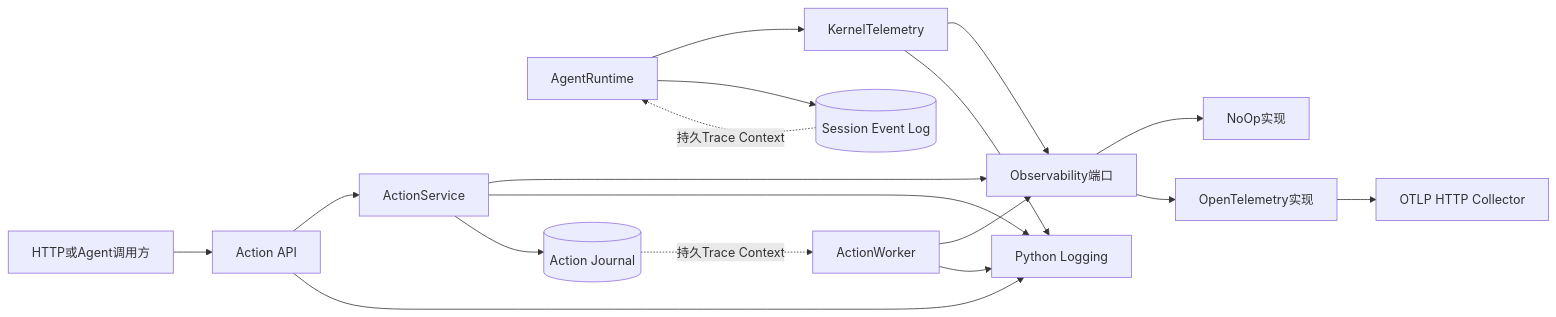
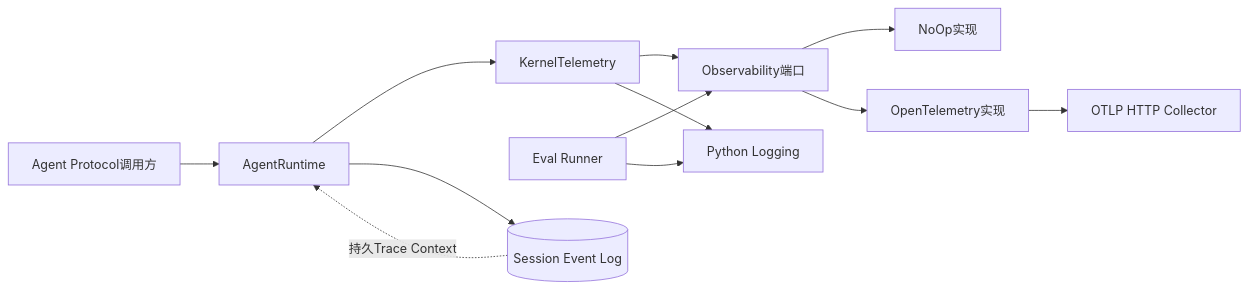
The first of 17 diagrams in docs/modules/observability.md (carrie1988/Harnessix), drawn with Mermaid before and after one commit. The commit also changed other lines of this file and 121 other files, not shown here.

````diff
--- a/docs/modules/observability.md
+++ b/docs/modules/observability.md
@@ -141,20 +144,14 @@
 ```mermaid
 flowchart LR
-    Client[HTTP或Agent调用方] --> API[Action API]
-    API --> Action[ActionService]
-    Agent[AgentRuntime] --> KT[KernelTelemetry]
+    Client[Agent Protocol调用方] --> Agent[AgentRuntime]
+    Agent --> KT[KernelTelemetry]
+    Eval[Eval Runner] --> Port
     KT --> Port[Observability端口]
-    Action --> Port
-    Worker[ActionWorker] --> Port
     Port --> Noop[NoOp实现]
     Port --> OTel[OpenTelemetry实现]
     OTel --> Collector[OTLP HTTP Collector]
-    API --> Log[Python Logging]
-    Action --> Log
-    Worker --> Log
     KT --> Log
-    Action --> Journal[(Action Journal)]
+    Eval --> Log[Python Logging]
     Agent --> Session[(Session Event Log)]
-    Journal -.持久Trace Context.-> Worker
     Session -.持久Trace Context.-> Agent
 ```
````
